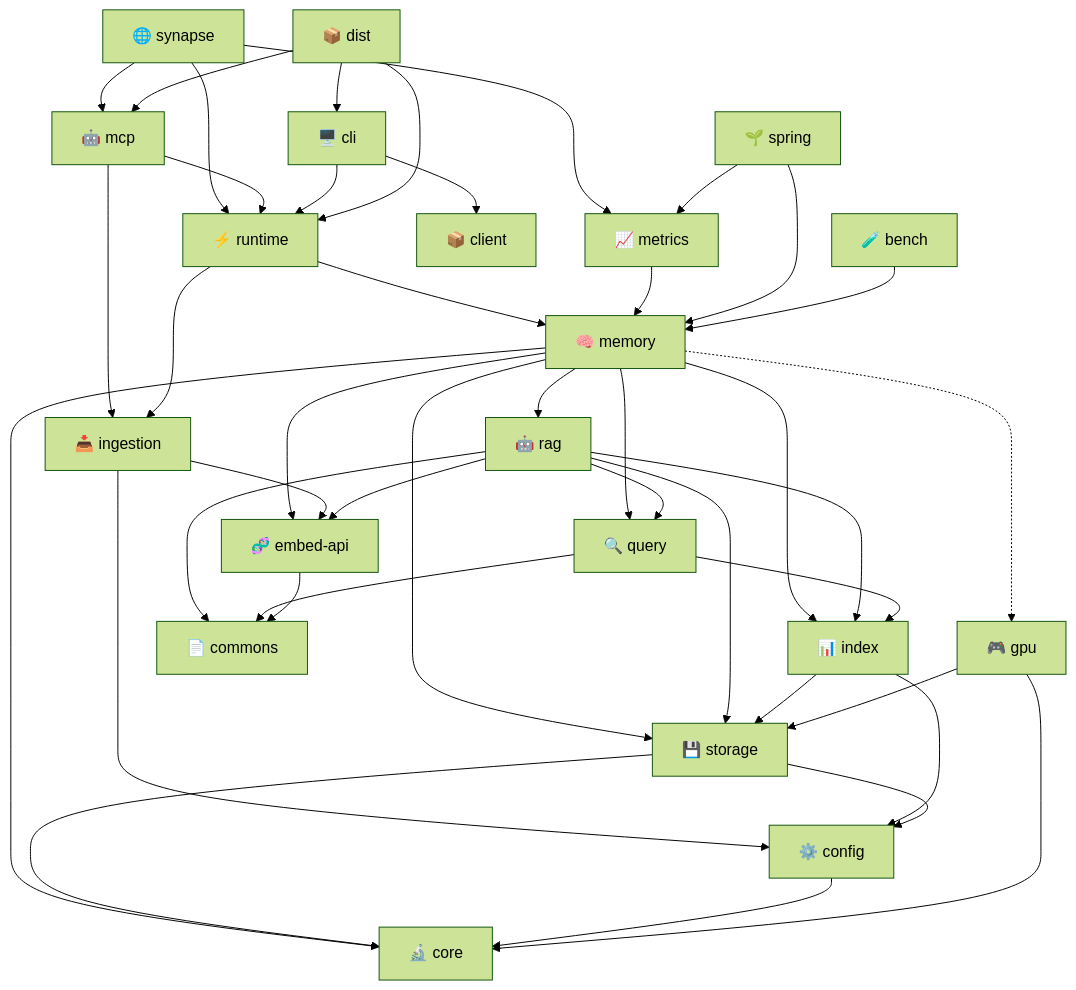
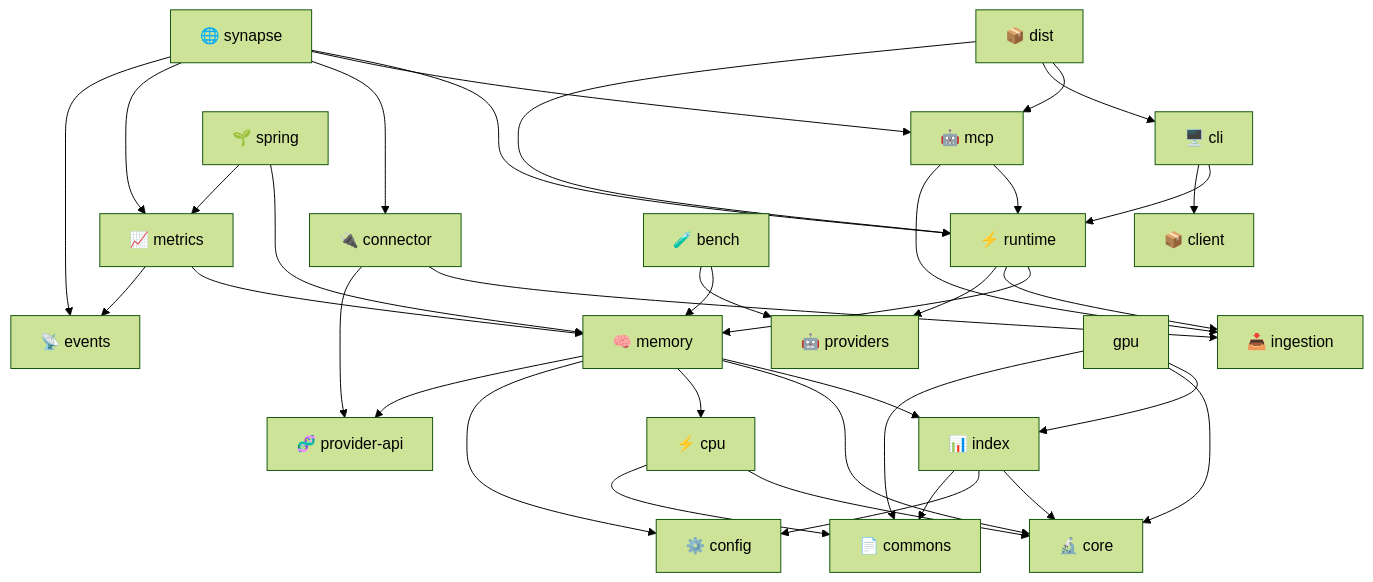
One commit to spectrayan/spector changed the seventh of 12 diagrams in docs/docs/architecture/overview.md. Above: the diagram before and after it, drawn with Mermaid (forest theme). The commit also changed other lines of this file and 43 other files, not shown here.

First line of the commit message:
docs(architecture): update diagrams, module maps, and guides post storage/query decommissioning (#653)

````diff
--- a/docs/docs/architecture/overview.md
+++ b/docs/docs/architecture/overview.md
@@ -319,52 +310,49 @@
 ```mermaid
 graph TD
     synapse["🌐 synapse"] --> runtime["⚡ runtime"]
     synapse --> mcp["🤖 mcp"]
+    synapse --> connector["🔌 connector"]
     synapse --> metrics["📈 metrics"]
+    synapse --> events["📡 events"]
+
     mcp --> runtime
     mcp --> ingestion["📥 ingestion"]
     cli["🖥️ cli"] --> runtime
     cli --> client["📦 client"]
 
     runtime --> memory["🧠 memory"]
     runtime --> ingestion
+    runtime --> providers["🤖 providers"]
 
-    memory --> query["🔍 query"]
     memory --> index["📊 index"]
-    memory --> storage["💾 storage"]
-    memory --> embedapi["🧬 embed-api"]
-    memory -.-> gpu["🎮 gpu"]
-    memory --> rag["🤖 rag"]
     memory --> core["🔬 core"]
+    memory --> cpu["⚡ cpu"]
+    memory --> config["⚙️ config"]
+    memory --> providerapi["🧬 provider-api"]
+
+    index --> core
+    index --> config
+    index --> commons["📄 commons"]
+
+    gpu --> index
+    gpu --> core
+    gpu --> commons
+
+    cpu --> core
+    cpu --> commons
 
     metrics --> memory
+    metrics --> events
 
-    ingestion --> config["⚙️ config"]
-    ingestion --> embedapi
-
-    rag --> query
-    rag --> index
-    rag --> storage
-    rag --> embedapi
-    rag --> commons["📄 commons"]
-
-    query --> index
-    query --> commons
-    index --> storage
-    index --> config
-    storage --> config
-    storage --> core
-    config --> core
-
-    embedapi --> commons
-    gpu --> core
-    gpu --> storage
+    connector --> ingestion
+    connector --> providerapi
 
     dist["📦 dist"] --> mcp
     dist --> cli
     dist --> runtime
 
     spring["🌱 spring"] --> memory
     spring --> metrics
     bench["🧪 bench"] --> memory
+    bench --> providers
 ```
````
